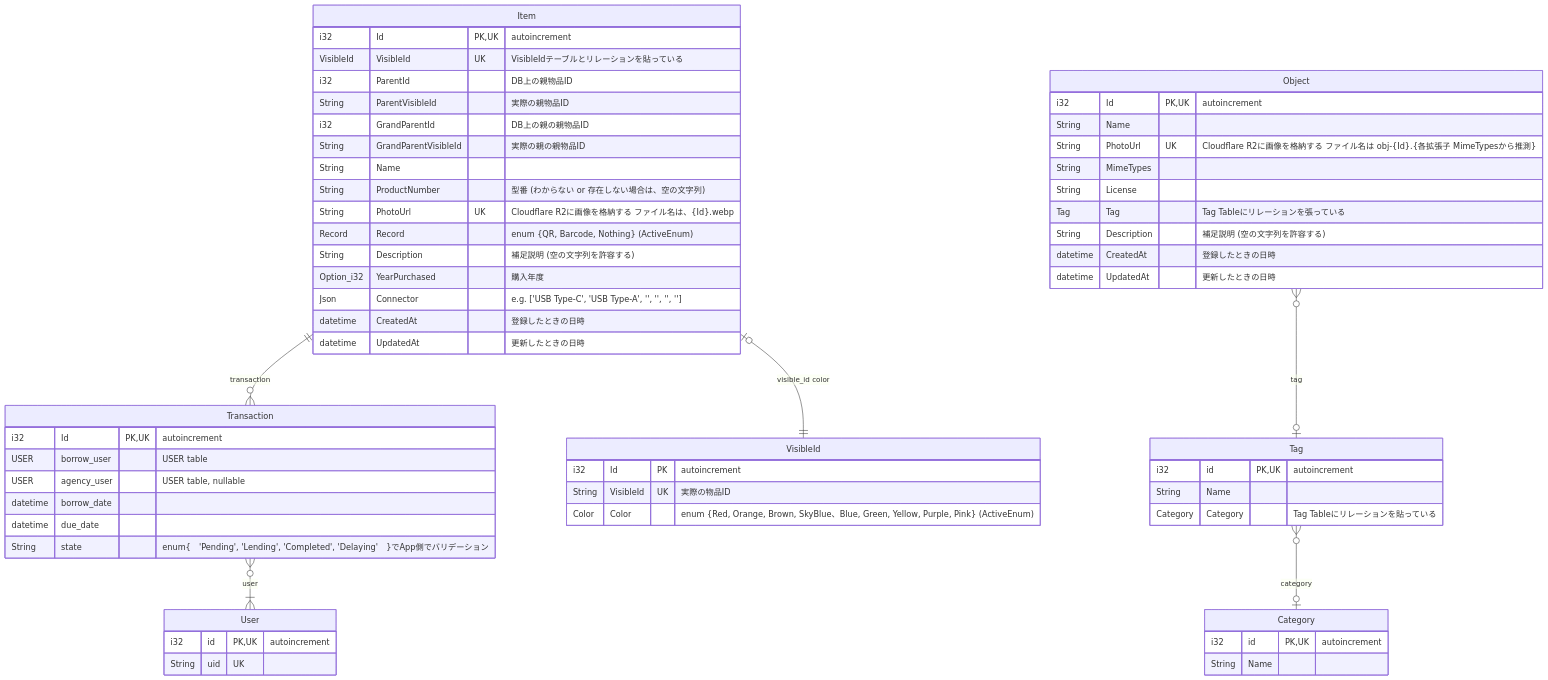
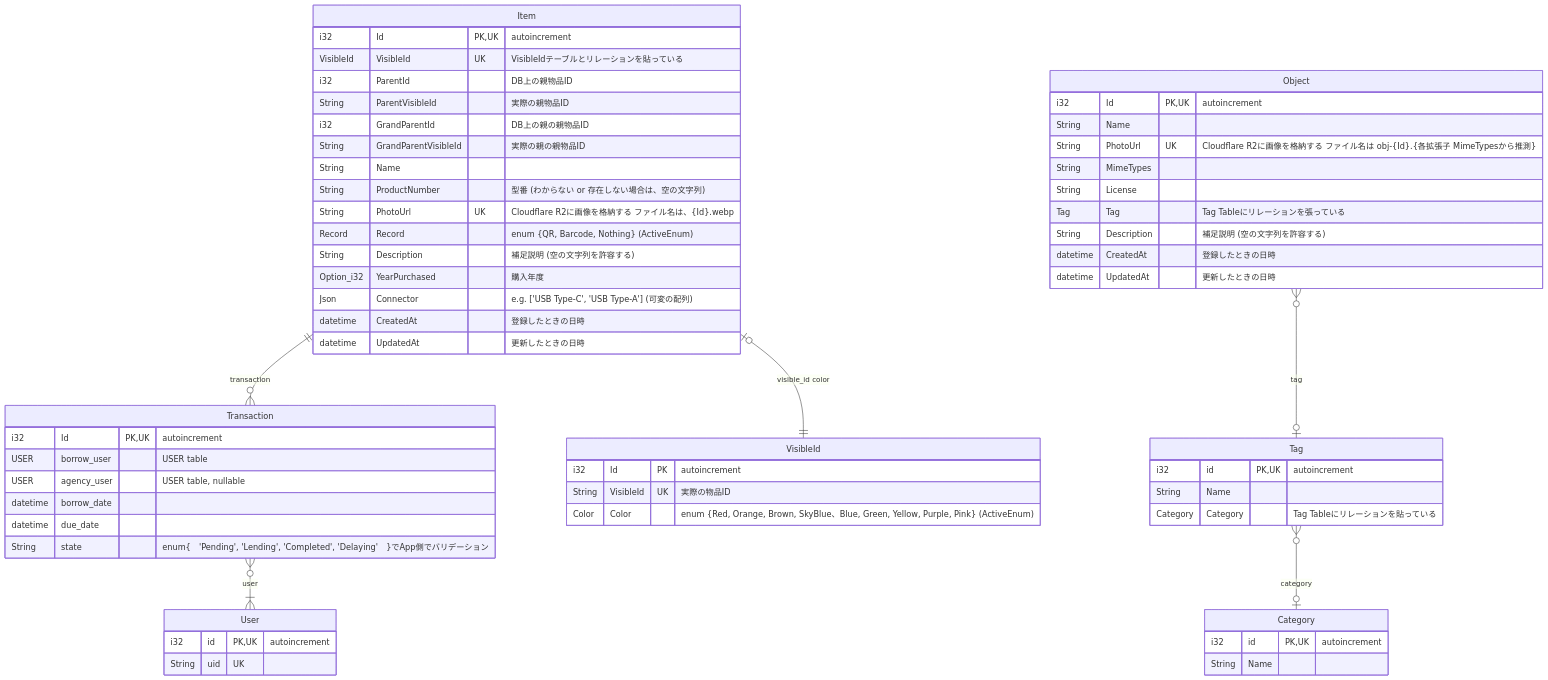
Before and after one commit to Myxogastria0808/DashiShoyu: the second of 2 diagrams in README.md, drawn with Mermaid. The commit also changed other lines of this file, not shown here.

````diff
--- a/README.md
+++ b/README.md
@@ -246,68 +246,68 @@
 ```mermaid
 erDiagram
     Item ||--o{ Transaction : transaction
     Transaction }o--|{ User : user
     Item |o--|| VisibleId : "visible_id color"
     Item {
         i32 Id PK, UK "autoincrement"
         VisibleId VisibleId UK "VisibleIdテーブルとリレーションを貼っている"
         i32 ParentId "DB上の親物品ID"
         String ParentVisibleId "実際の親物品ID"
         i32 GrandParentId "DB上の親の親物品ID"
         String GrandParentVisibleId "実際の親の親物品ID"
         String Name
         String ProductNumber "型番 (わからない or 存在しない場合は、空の文字列)"
         String PhotoUrl UK "Cloudflare R2に画像を格納する ファイル名は、{Id}.webp"
         Record Record "enum {QR, Barcode, Nothing} (ActiveEnum)"
         String Description　"補足説明 (空の文字列を許容する)"
         Option_i32 YearPurchased "購入年度"
-        Json Connector　"e.g. ['USB Type-C', 'USB Type-A', '', '', '', '']"
+        Json Connector　"e.g. ['USB Type-C', 'USB Type-A'] (可変の配列)"
         datetime CreatedAt "登録したときの日時"
         datetime UpdatedAt "更新したときの日時"
     }
 
     VisibleId {
         i32 Id PK "autoincrement"
         String VisibleId UK "実際の物品ID"
         Color Color "enum {Red, Orange, Brown, SkyBlue、Blue, Green, Yellow, Purple, Pink} (ActiveEnum)"
     }
 
     Transaction {
         i32 Id PK, UK "autoincrement"
         USER borrow_user "USER table"
         USER agency_user "USER table, nullable"
         datetime borrow_date
         datetime due_date
         String state "enum{　'Pending', 'Lending', 'Completed', 'Delaying'　}でApp側でバリデーション"
     }
 
     User {
         i32 id PK, UK "autoincrement"
         String uid UK
     }
 
     Object }o--o| Tag : tag
     Tag }o--o| Category : category
     Object {
         i32 Id PK, UK "autoincrement"
         String Name
         String PhotoUrl UK "Cloudflare R2に画像を格納する ファイル名は obj-{Id}.{各拡張子 MimeTypesから推測}"
         String MimeTypes
         String License
         Tag Tag "Tag Tableにリレーションを張っている"
         String Description "補足説明 (空の文字列を許容する)"
         datetime CreatedAt "登録したときの日時"
         datetime UpdatedAt "更新したときの日時"
     }
 
     Tag {
         i32 id PK, UK "autoincrement"
         String Name
         Category Category "Tag Tableにリレーションを貼っている"
     }
 
     Category {
         i32 id PK, UK "autoincrement"
         String Name
     }
 ```
````
